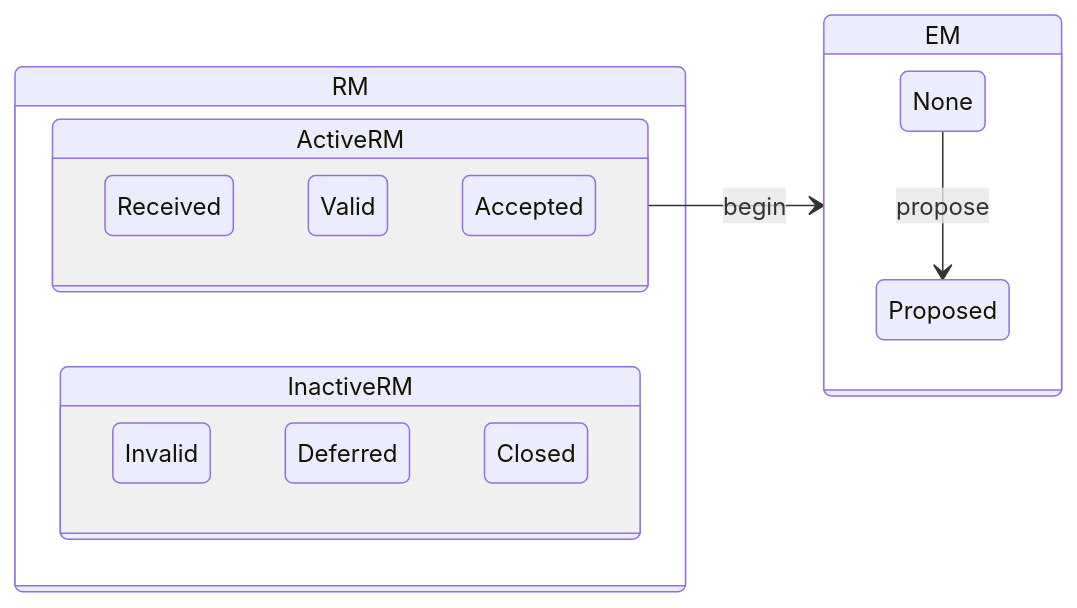
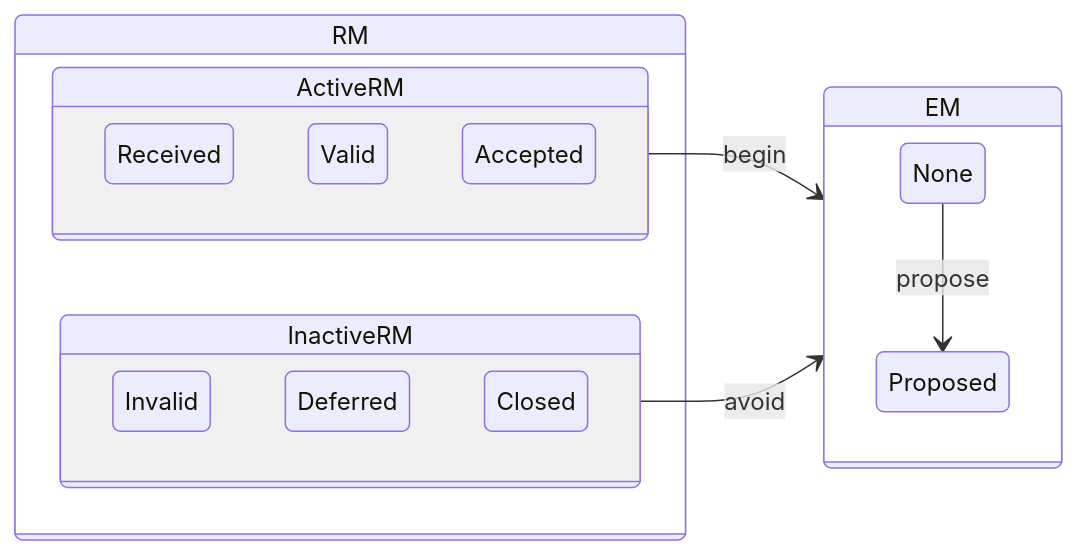
The third of 21 diagrams in docs/process_models/model_interactions.md (CERTCC/Vultron), drawn with Mermaid before and after one commit. The commit also changed other lines of this file, not shown here.

Commit message:
more diagrams

````diff
--- a/docs/process_models/model_interactions.md
+++ b/docs/process_models/model_interactions.md
@@ -78,20 +78,21 @@
 ```mermaid
 stateDiagram-v2
     direction LR
     state RM {
         state ActiveRM {
             Received
             Valid
             Accepted
         }
         state InactiveRM {
             Invalid
             Deferred
             Closed
         }
     }
     state EM {
         None --> Proposed : propose
     }
     ActiveRM --> EM : begin
+    InactiveRM --> EM : avoid
 ```
````
